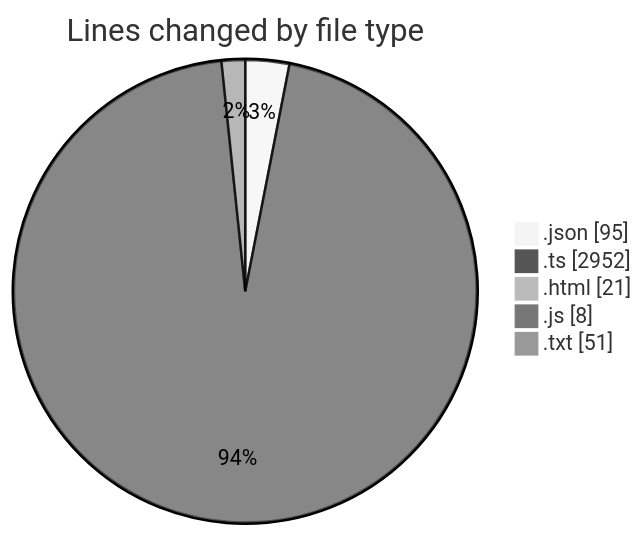
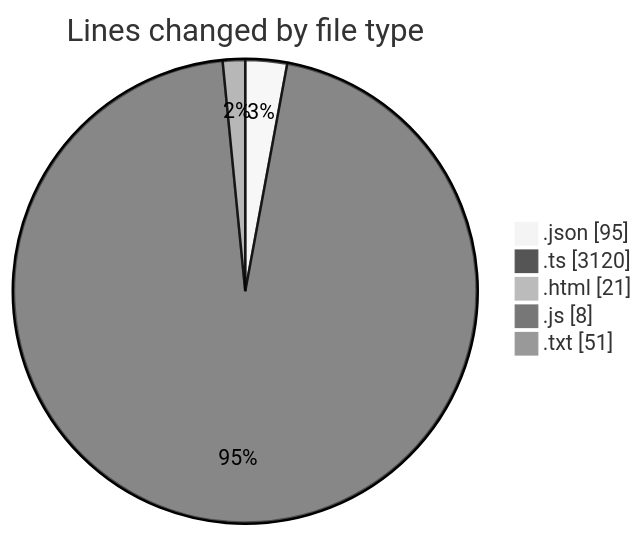
The first of 2 diagrams in 2026-02-02/singularitybrainai/README.md (tmsrecording-cyber/code-tracking), drawn with Mermaid (neutral theme) before and after one commit. The commit also changed other lines of this file and 1 other file, not shown here.

````diff
--- a/2026-02-02/singularitybrainai/README.md
+++ b/2026-02-02/singularitybrainai/README.md
@@ -29,9 +30,9 @@
 ```mermaid
 pie showData
 title Lines changed by file type
 ".json" : 95
-".ts" : 2952
+".ts" : 3120
 ".html" : 21
 ".js" : 8
 ".txt" : 51
 ```
````
